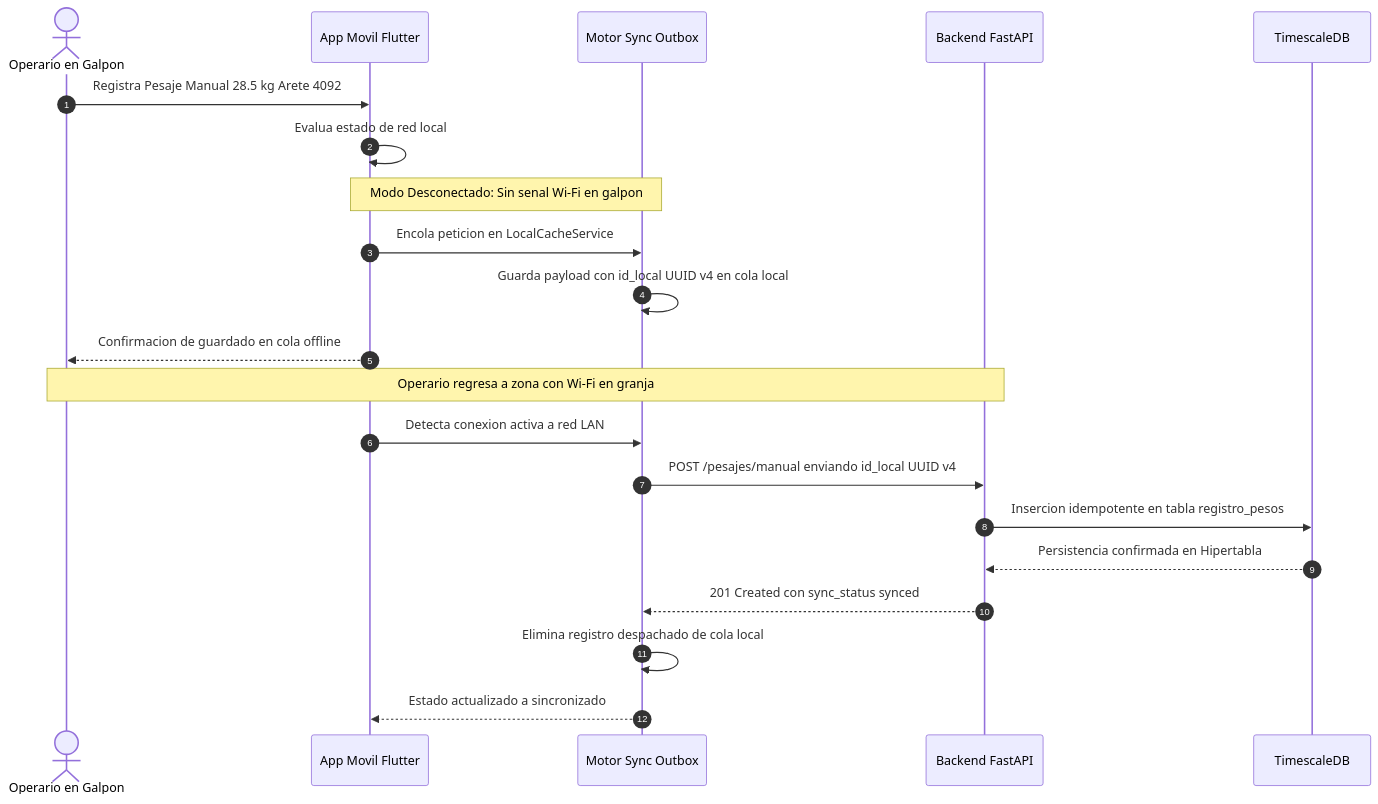
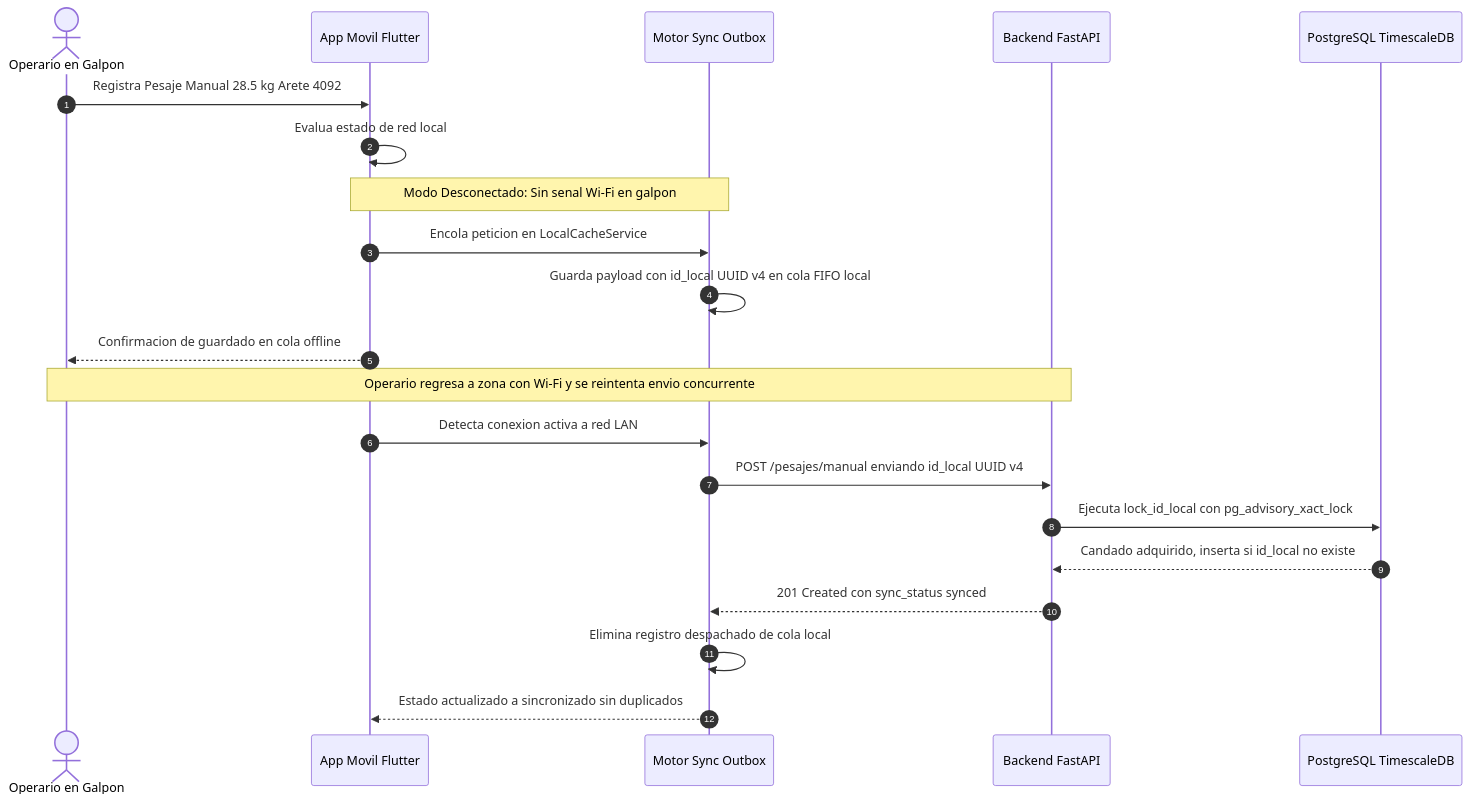
Before and after one commit to DevAvirama/CODIGO_FUENTE_PORCITECH: the seventh of 8 diagrams in MANUAL_DISENO_TECNICO.md, drawn with Mermaid. The commit also changed other lines of this file and 1 other file, not shown here.

````diff
--- a/MANUAL_DISENO_TECNICO.md
+++ b/MANUAL_DISENO_TECNICO.md
@@ -848,25 +756,25 @@
 ```mermaid
 sequenceDiagram
     autonumber
     actor Operario as Operario en Galpon
     participant App as App Movil Flutter
     participant Sync as Motor Sync Outbox
     participant API as Backend FastAPI
-    participant DB as TimescaleDB
+    participant DB as PostgreSQL TimescaleDB
 
     Operario->>App: Registra Pesaje Manual 28.5 kg Arete 4092
     App->>App: Evalua estado de red local
     Note over App,Sync: Modo Desconectado: Sin senal Wi-Fi en galpon
     App->>Sync: Encola peticion en LocalCacheService
-    Sync->>Sync: Guarda payload con id_local UUID v4 en cola local
+    Sync->>Sync: Guarda payload con id_local UUID v4 en cola FIFO local
     App-->>Operario: Confirmacion de guardado en cola offline
 
-    Note over Operario,API: Operario regresa a zona con Wi-Fi en granja
+    Note over Operario,API: Operario regresa a zona con Wi-Fi y se reintenta envio concurrente
     App->>Sync: Detecta conexion activa a red LAN
     Sync->>API: POST /pesajes/manual enviando id_local UUID v4
-    API->>DB: Insercion idempotente en tabla registro_pesos
-    DB-->>API: Persistencia confirmada en Hipertabla
+    API->>DB: Ejecuta lock_id_local con pg_advisory_xact_lock
+    DB-->>API: Candado adquirido, inserta si id_local no existe
     API-->>Sync: 201 Created con sync_status synced
     Sync->>Sync: Elimina registro despachado de cola local
-    Sync-->>App: Estado actualizado a sincronizado
+    Sync-->>App: Estado actualizado a sincronizado sin duplicados
 ```
````
